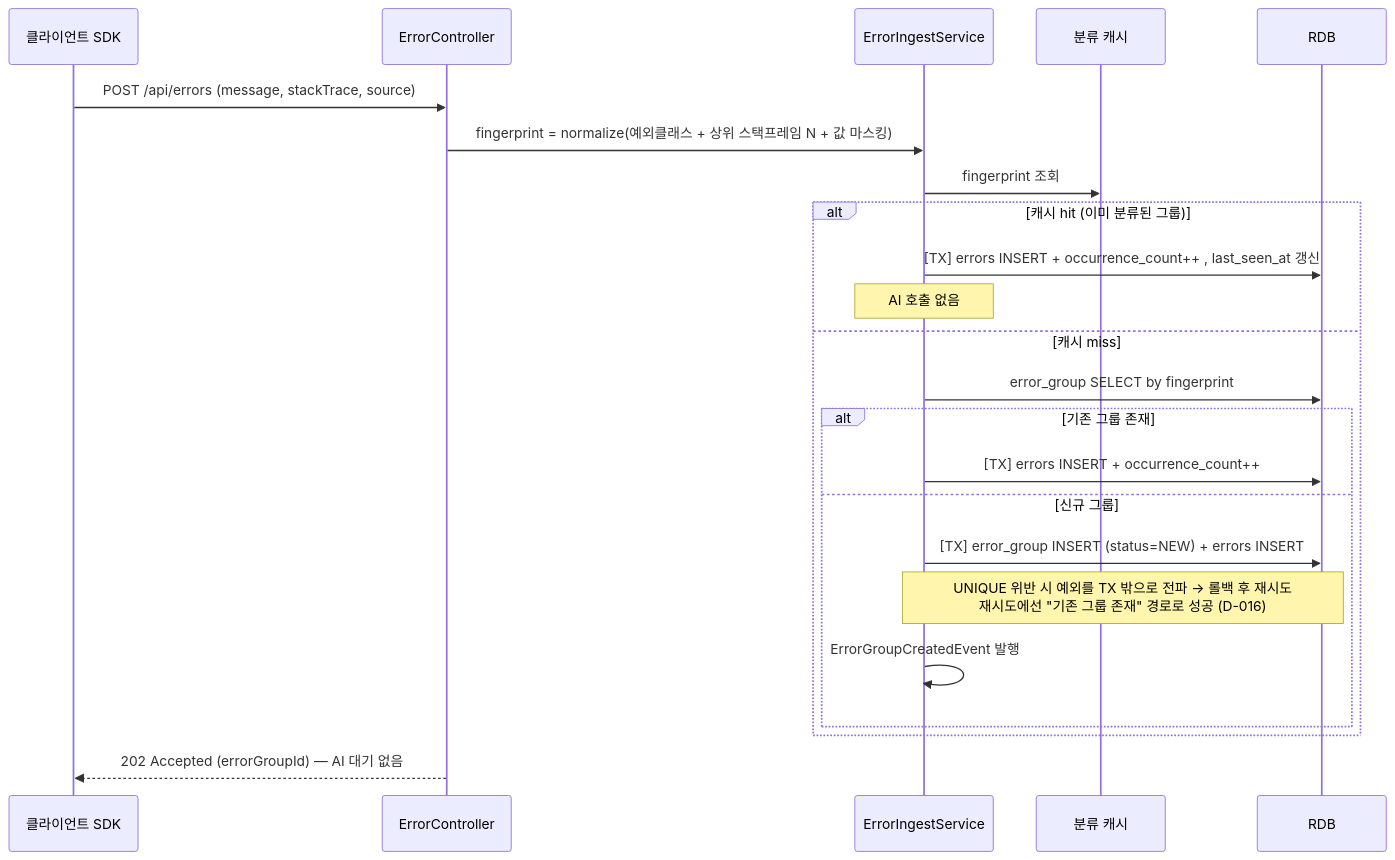
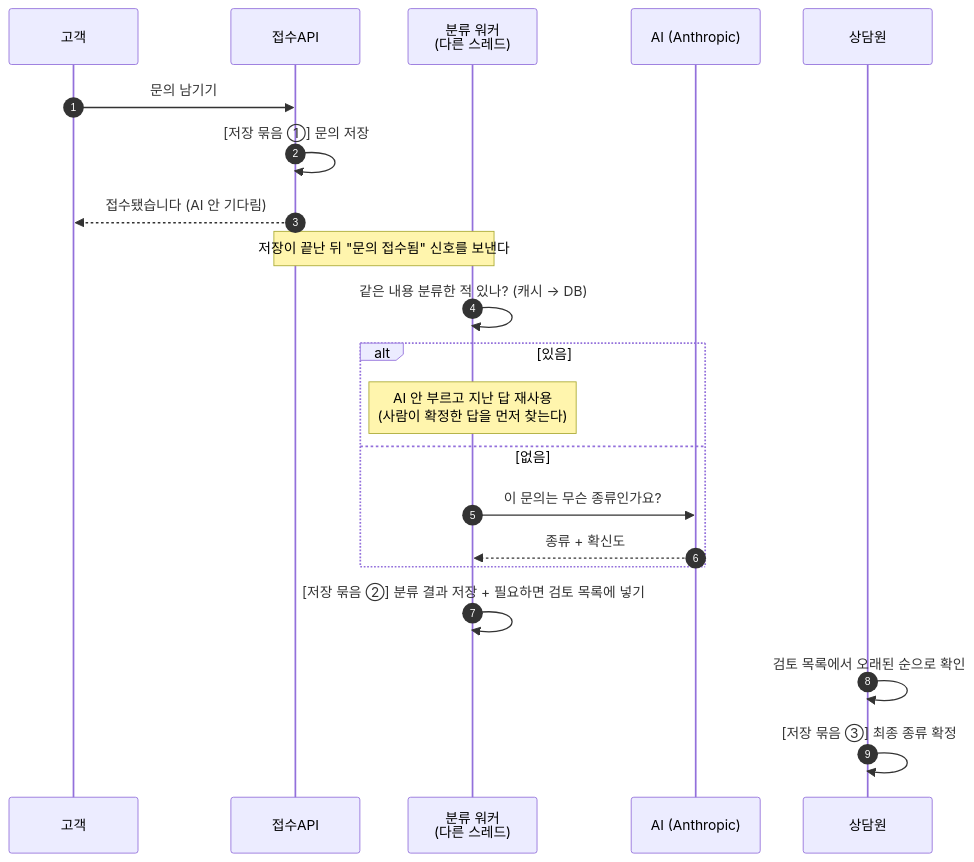
One commit to GaeChwiRpg/dingco-1-team-01 changed the first of 3 diagrams in PRD.md. Above: the diagram before and after it, drawn with Mermaid. The commit also changed other lines of this file and 48 other files, not shown here.

````diff
--- a/PRD.md
+++ b/PRD.md
@@ -134,28 +43,28 @@
 ```mermaid
 sequenceDiagram
-    participant C as 클라이언트 SDK
-    participant API as ErrorController
-    participant SVC as ErrorIngestService
-    participant CACHE as 분류 캐시
-    participant DB as RDB
+    autonumber
+    participant 고객
+    participant 접수API
+    participant 분류워커 as 분류 워커<br/>(다른 스레드)
+    participant AI as AI (Anthropic)
+    participant 상담원
 
-    C->>API: POST /api/errors (message, stackTrace, source)
-    API->>SVC: fingerprint = normalize(예외클래스 + 상위 스택프레임 N + 값 마스킹)
-    SVC->>CACHE: fingerprint 조회
+    고객->>접수API: 문의 남기기
+    접수API->>접수API: [저장 묶음 ①] 문의 저장
+    접수API-->>고객: 접수됐습니다 (AI 안 기다림)
 
-    alt 캐시 hit (이미 분류된 그룹)
-        SVC->>DB: [TX] errors INSERT + occurrence_count++ , last_seen_at 갱신
-        Note over SVC: AI 호출 없음
-    else 캐시 miss
-        SVC->>DB: error_group SELECT by fingerprint
-        alt 기존 그룹 존재
-            SVC->>DB: [TX] errors INSERT + occurrence_count++
-        else 신규 그룹
-            SVC->>DB: [TX] error_group INSERT (status=NEW) + errors INSERT
-            Note over SVC,DB: UNIQUE 위반 시 예외를 TX 밖으로 전파 → 롤백 후 재시도<br/>재시도에선 "기존 그룹 존재" 경로로 성공 (D-016)
-            SVC->>SVC: ErrorGroupCreatedEvent 발행
-        end
+    Note over 접수API,분류워커: 저장이 끝난 뒤 "문의 접수됨" 신호를 보낸다
+
+    분류워커->>분류워커: 같은 내용 분류한 적 있나? (캐시 → DB)
+    alt 있음
+        Note over 분류워커: AI 안 부르고 지난 답 재사용<br/>(사람이 확정한 답을 먼저 찾는다)
+    else 없음
+        분류워커->>AI: 이 문의는 무슨 종류인가요?
+        AI-->>분류워커: 종류 + 확신도
     end
 
-    API-->>C: 202 Accepted (errorGroupId) — AI 대기 없음
+    분류워커->>분류워커: [저장 묶음 ②] 분류 결과 저장 + 필요하면 검토 목록에 넣기
+
+    상담원->>상담원: 검토 목록에서 오래된 순으로 확인
+    상담원->>상담원: [저장 묶음 ③] 최종 종류 확정
 ```
````
